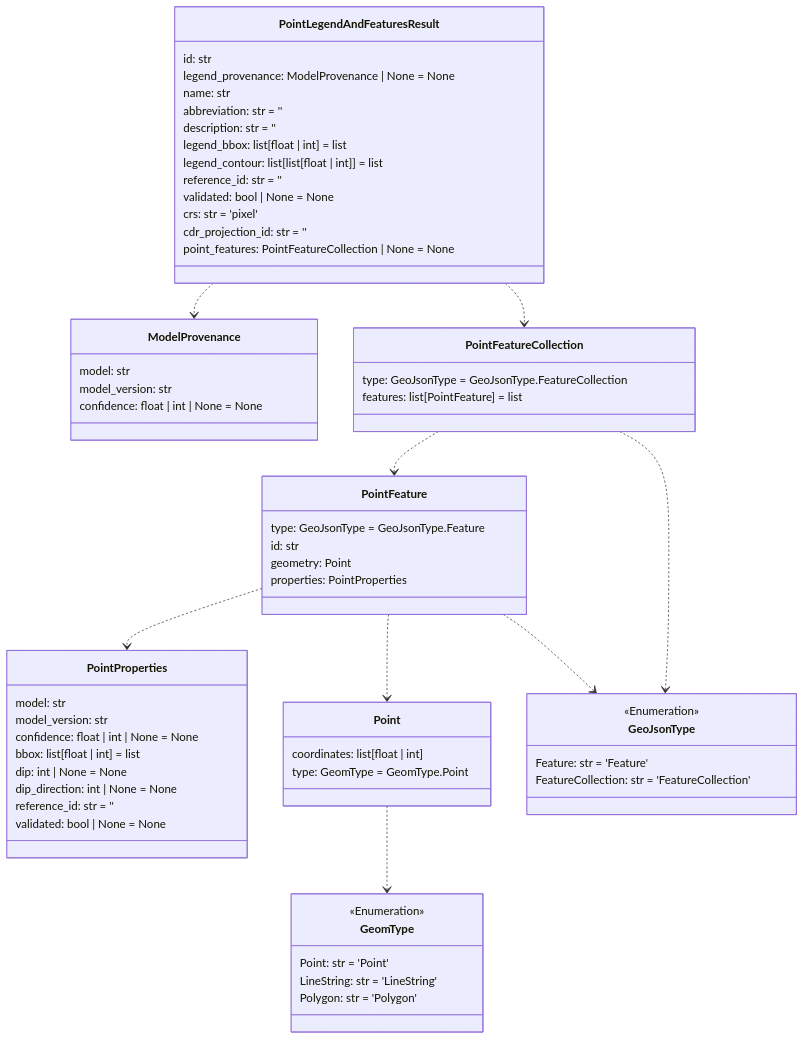
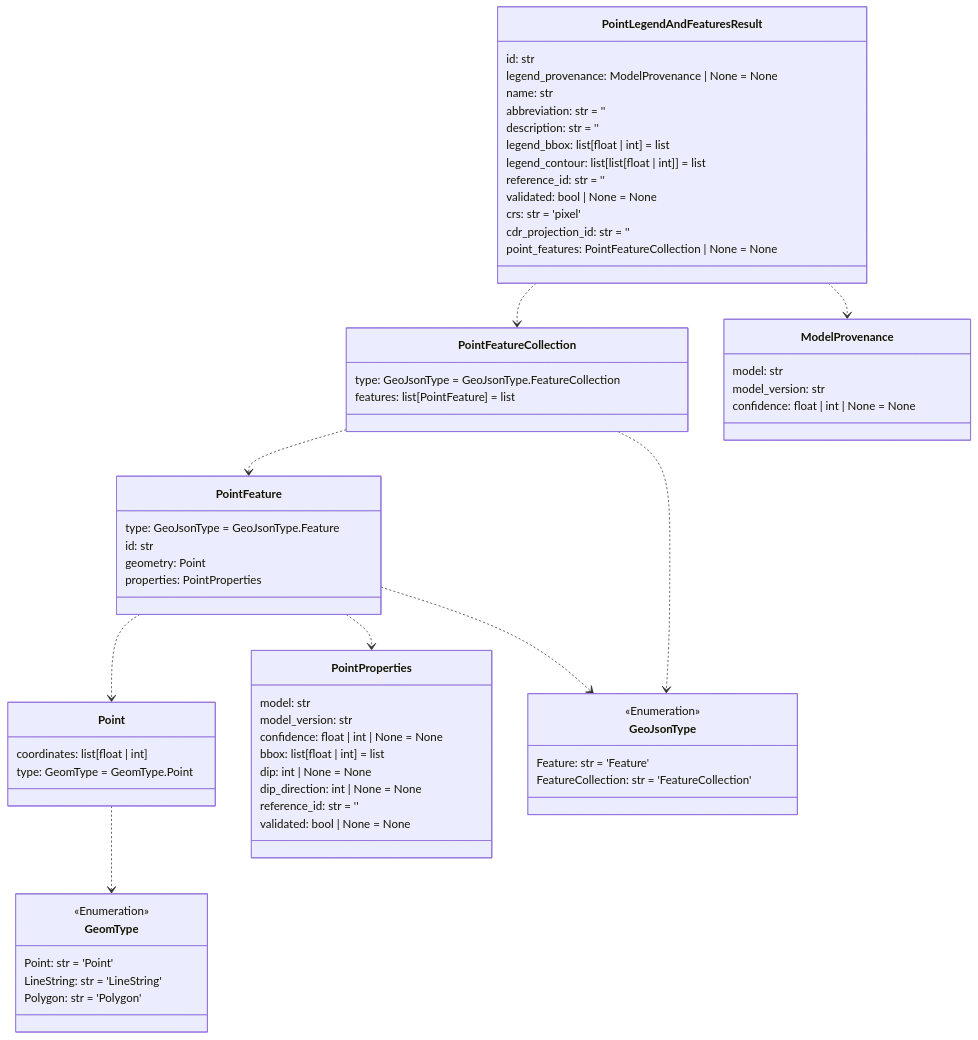
The fifth of 14 diagrams in README.md (DARPA-CRITICALMAAS/cdr_schemas), drawn with Mermaid before and after one commit. The commit also changed other lines of this file and 2 other files, not shown here.

````diff
--- a/README.md
+++ b/README.md
@@ -368,76 +368,76 @@
 ```mermaid
 classDiagram
 
-    class PointProperties {
-        model: str
-        model_version: str
-        confidence: float | int | None = None
-        bbox: list[float | int] = list
-        dip: int | None = None
-        dip_direction: int | None = None
-        reference_id: str = ''
-        validated: bool | None = None
-    }
-
-    class PointFeatureCollection {
-        type: GeoJsonType = GeoJsonType.FeatureCollection
-        features: list[PointFeature] = list
+    class PointFeature {
+        type: GeoJsonType = GeoJsonType.Feature
+        id: str
+        geometry: Point
+        properties: PointProperties
     }
 
     class PointLegendAndFeaturesResult {
         id: str
         legend_provenance: ModelProvenance | None = None
         name: str
         abbreviation: str = ''
         description: str = ''
         legend_bbox: list[float | int] = list
         legend_contour: list[list[float | int]] = list
         reference_id: str = ''
         validated: bool | None = None
         crs: str = 'pixel'
         cdr_projection_id: str = ''
         point_features: PointFeatureCollection | None = None
     }
 
-    class GeoJsonType {
-        <<Enumeration>>
-        Feature: str = 'Feature'
-        FeatureCollection: str = 'FeatureCollection'
-    }
-
-    class PointFeature {
-        type: GeoJsonType = GeoJsonType.Feature
-        id: str
-        geometry: Point
-        properties: PointProperties
-    }
-
-    class ModelProvenance {
-        model: str
-        model_version: str
-        confidence: float | int | None = None
+    class Point {
+        coordinates: list[float | int]
+        type: GeomType = GeomType.Point
     }
 
     class GeomType {
         <<Enumeration>>
         Point: str = 'Point'
         LineString: str = 'LineString'
         Polygon: str = 'Polygon'
     }
 
-    class Point {
-        coordinates: list[float | int]
-        type: GeomType = GeomType.Point
+    class PointProperties {
+        model: str
+        model_version: str
+        confidence: float | int | None = None
+        bbox: list[float | int] = list
+        dip: int | None = None
+        dip_direction: int | None = None
+        reference_id: str = ''
+        validated: bool | None = None
+    }
+
+    class GeoJsonType {
+        <<Enumeration>>
+        Feature: str = 'Feature'
+        FeatureCollection: str = 'FeatureCollection'
+    }
+
+    class PointFeatureCollection {
+        type: GeoJsonType = GeoJsonType.FeatureCollection
+        features: list[PointFeature] = list
+    }
+
+    class ModelProvenance {
+        model: str
+        model_version: str
+        confidence: float | int | None = None
     }
 
     Point ..> GeomType
+    PointFeature ..> GeoJsonType
+    PointFeature ..> Point
     PointFeature ..> PointProperties
-    PointFeature ..> Point
-    PointFeature ..> GeoJsonType
     PointFeatureCollection ..> PointFeature
     PointFeatureCollection ..> GeoJsonType
+    PointLegendAndFeaturesResult ..> PointFeatureCollection
     PointLegendAndFeaturesResult ..> ModelProvenance
-    PointLegendAndFeaturesResult ..> PointFeatureCollection
 
 
 ```
````
